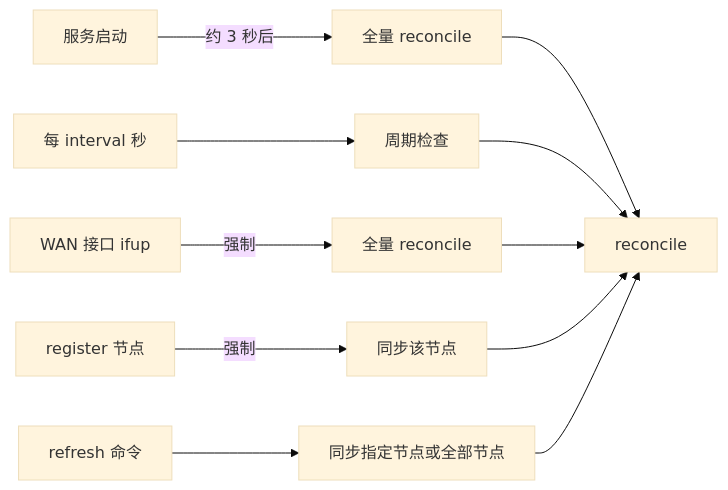
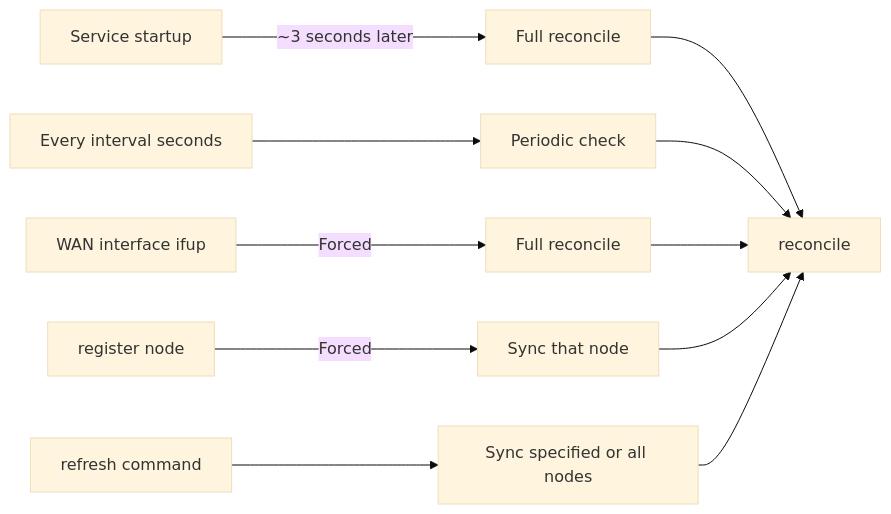
One commit to hrimfaxi/tumgrd changed the third of 6 diagrams in README.md. Above: the diagram before and after it, drawn with Mermaid (base theme). The commit also changed other lines of this file and 1 other file, not shown here.

````diff
--- a/README.md
+++ b/README.md
@@ -132,14 +134,14 @@
 ```mermaid
 flowchart LR
-    BOOT["服务启动"] -->|"约 3 秒后"| FULL1["全量 reconcile"]
-    TIMER["每 interval 秒"] --> PERIODIC["周期检查"]
-    WAN["WAN 接口 ifup"] -->|"强制"| FULL2["全量 reconcile"]
-    REGISTER["register 节点"] -->|"强制"| ONE["同步该节点"]
-    REFRESH["refresh 命令"] --> MANUAL["同步指定节点或全部节点"]
+    BOOT["Service startup"] -->|"~3 seconds later"| FULL1["Full reconcile"]
+    TIMER["Every interval seconds"] --> PERIODIC["Periodic check"]
+    WAN["WAN interface ifup"] -->|"Forced"| FULL2["Full reconcile"]
+    REGISTER["register node"] -->|"Forced"| ONE["Sync that node"]
+    REFRESH["refresh command"] --> MANUAL["Sync specified or all nodes"]
 
     FULL1 --> RECON["reconcile"]
     PERIODIC --> RECON
     FULL2 --> RECON
     ONE --> RECON
     MANUAL --> RECON
 ```
````
